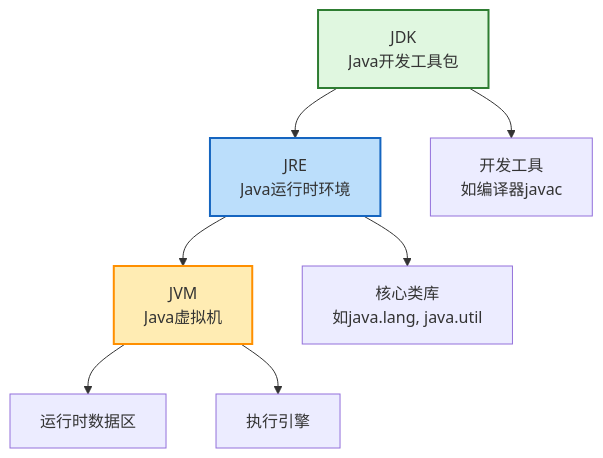
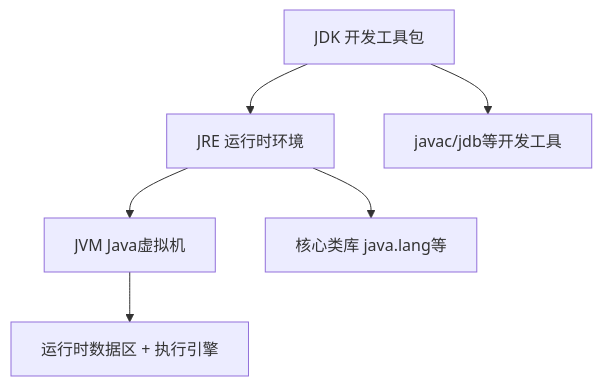
One commit to zz12121/KnowledgeDevelope changed the diagram in 10_DevelopLanguage/001_Java/04_JavaJVMSubject/01、JVM 基础概念.md. Above: the diagram before and after it, drawn with Mermaid. The commit also changed other lines of this file and 132 other files, not shown here.

````diff
--- a/10_DevelopLanguage/001_Java/04_JavaJVMSubject/01、JVM 基础概念.md
+++ b/10_DevelopLanguage/001_Java/04_JavaJVMSubject/01、JVM 基础概念.md
@@ -33,15 +54,8 @@
 ```mermaid
 flowchart TD
-    A[JDK<br>Java开发工具包] --> B[JRE<br>Java运行时环境]
-    B --> C[JVM<br>Java虚拟机]
-    
-    A --> D[开发工具<br>如编译器javac]
-    B --> E[核心类库<br>如java.lang, java.util]
-    
-    C --> F[运行时数据区]
-    C --> G[执行引擎]
-    
-    style A fill:#e0f7e0,stroke:#2e7d32,stroke-width:2px
-    style B fill:#bbdefb,stroke:#1565c0,stroke-width:2px
-    style C fill:#ffecb3,stroke:#ff8f00,stroke-width:2px
+    A[JDK 开发工具包] --> B[JRE 运行时环境]
+    B --> C[JVM Java虚拟机]
+    A --> D[javac/jdb等开发工具]
+    B --> E[核心类库 java.lang等]
+    C --> F[运行时数据区 + 执行引擎]
 ```
````
